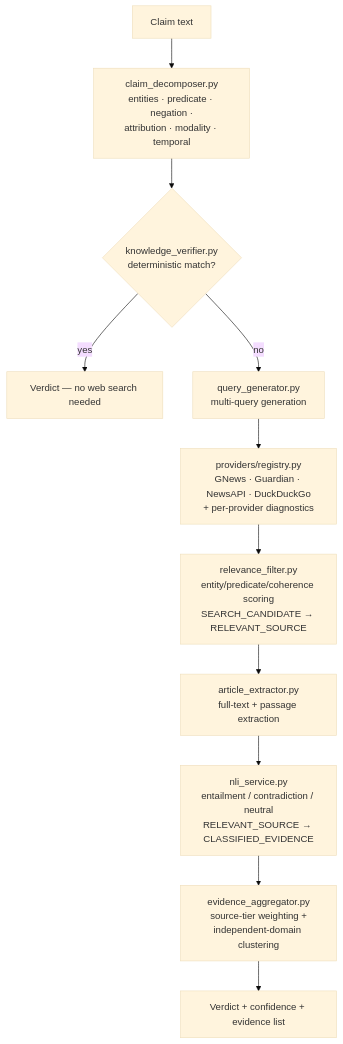
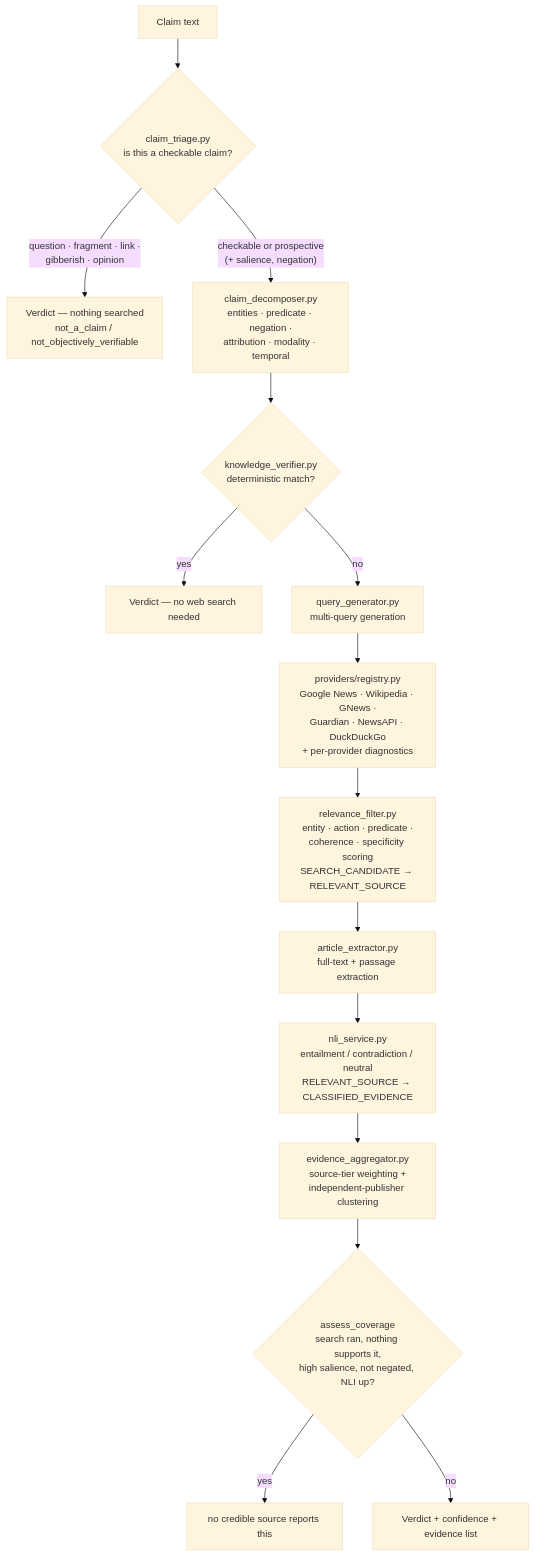
Before and after one commit to Shoaib1M/News-Checker: the second of 2 diagrams in README.md, drawn with Mermaid (base theme). The commit also changed other lines of this file and 1 other file, not shown here.

First line of the commit message:
Document the new verdict states, providers and triage stage

````diff
--- a/README.md
+++ b/README.md
@@ -103,13 +135,17 @@
 ```mermaid
 flowchart TD
-    A[Claim text] --> B["claim_decomposer.py<br/>entities · predicate · negation ·<br/>attribution · modality · temporal"]
+    A[Claim text] --> T{"claim_triage.py<br/>is this a checkable claim?"}
+    T -->|"question · fragment · link ·<br/>gibberish · opinion"| Y["Verdict — nothing searched<br/>not_a_claim / not_objectively_verifiable"]
+    T -->|"checkable or prospective<br/>(+ salience, negation)"| B["claim_decomposer.py<br/>entities · predicate · negation ·<br/>attribution · modality · temporal"]
     B --> C{"knowledge_verifier.py<br/>deterministic match?"}
     C -->|yes| Z["Verdict — no web search needed"]
     C -->|no| D["query_generator.py<br/>multi-query generation"]
-    D --> E["providers/registry.py<br/>GNews · Guardian · NewsAPI · DuckDuckGo<br/>+ per-provider diagnostics"]
-    E --> F["relevance_filter.py<br/>entity/predicate/coherence scoring<br/>SEARCH_CANDIDATE → RELEVANT_SOURCE"]
+    D --> E["providers/registry.py<br/>Google News · Wikipedia · GNews ·<br/>Guardian · NewsAPI · DuckDuckGo<br/>+ per-provider diagnostics"]
+    E --> F["relevance_filter.py<br/>entity · action · predicate ·<br/>coherence · specificity scoring<br/>SEARCH_CANDIDATE → RELEVANT_SOURCE"]
     F --> G["article_extractor.py<br/>full-text + passage extraction"]
     G --> H["nli_service.py<br/>entailment / contradiction / neutral<br/>RELEVANT_SOURCE → CLASSIFIED_EVIDENCE"]
-    H --> I["evidence_aggregator.py<br/>source-tier weighting +<br/>independent-domain clustering"]
-    I --> J[Verdict + confidence + evidence list]
+    H --> I["evidence_aggregator.py<br/>source-tier weighting +<br/>independent-publisher clustering"]
+    I --> K{"assess_coverage<br/>search ran, nothing supports it,<br/>high salience, not negated, NLI up?"}
+    K -->|yes| L["no credible source reports this"]
+    K -->|no| J[Verdict + confidence + evidence list]
 ```
````
